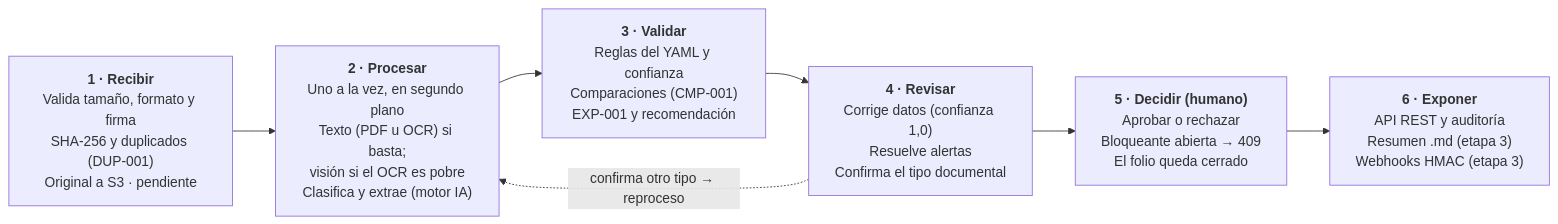
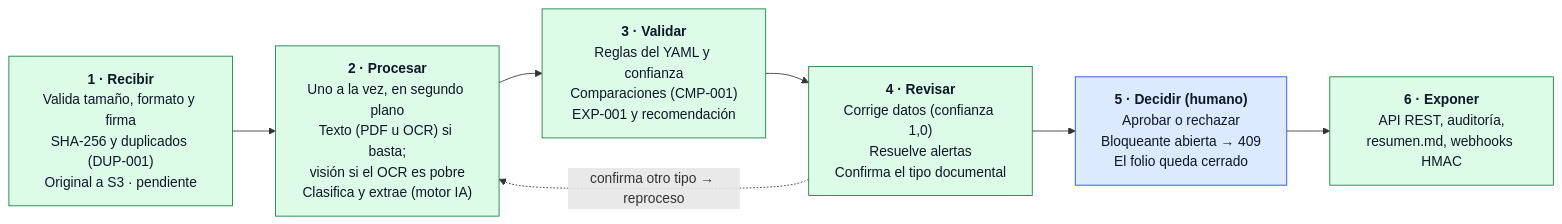
Before and after one commit to SantiagoEspinosa-ai/Gestor_Documental: the fourth of 5 diagrams in docs/arquitectura_solucion.md, drawn with Mermaid. The commit also changed other lines of this file, not shown here.

````diff
--- a/docs/arquitectura_solucion.md
+++ b/docs/arquitectura_solucion.md
@@ -147,12 +202,20 @@
 ```mermaid
 flowchart LR
     recibir["<b>1 · Recibir</b><br/>Valida tamaño, formato y firma<br/>SHA-256 y duplicados (DUP-001)<br/>Original a S3 · pendiente"]
     procesar["<b>2 · Procesar</b><br/>Uno a la vez, en segundo plano<br/>Texto (PDF u OCR) si basta;<br/>visión si el OCR es pobre<br/>Clasifica y extrae (motor IA)"]
     validar["<b>3 · Validar</b><br/>Reglas del YAML y confianza<br/>Comparaciones (CMP-001)<br/>EXP-001 y recomendación"]
     revisar["<b>4 · Revisar</b><br/>Corrige datos (confianza 1,0)<br/>Resuelve alertas<br/>Confirma el tipo documental"]
     decidir["<b>5 · Decidir (humano)</b><br/>Aprobar o rechazar<br/>Bloqueante abierta → 409<br/>El folio queda cerrado"]
-    exponer["<b>6 · Exponer</b><br/>API REST y auditoría<br/>Resumen .md (etapa 3)<br/>Webhooks HMAC (etapa 3)"]
+    exponer["<b>6 · Exponer</b><br/>API REST, auditoría,<br/>resumen.md, webhooks HMAC"]
 
     recibir --> procesar --> validar --> revisar --> decidir --> exponer
     revisar -. "confirma otro tipo → reproceso" .-> procesar
+
+    classDef persona fill:#dbeafe,stroke:#1d4ed8,color:#0f172a
+    classDef sistema fill:#dcfce7,stroke:#15803d,color:#0f172a
+    classDef bd fill:#fef3c7,stroke:#b45309,color:#0f172a
+    classDef externo fill:#e5e7eb,stroke:#4b5563,color:#0f172a
+    classDef bloqueado fill:#fee2e2,stroke:#b91c1c,color:#0f172a,stroke-dasharray:5 5
+    class recibir,procesar,validar,revisar,exponer sistema
+    class decidir persona
 ```
````
